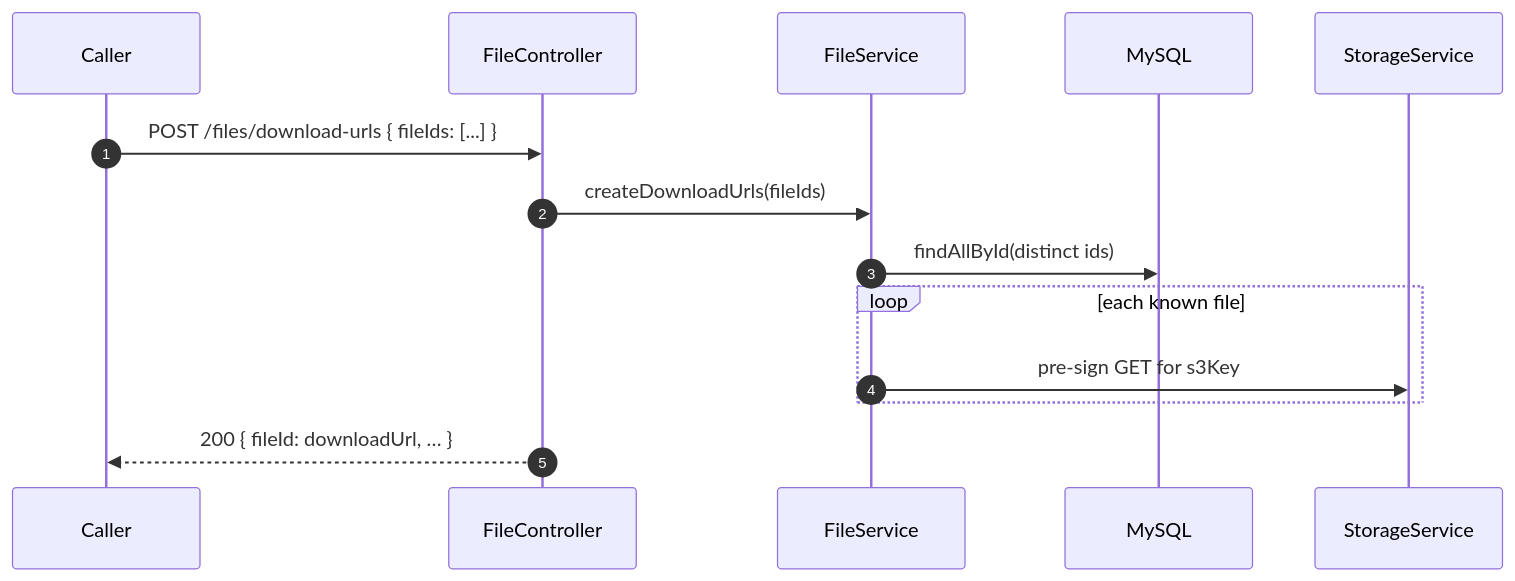
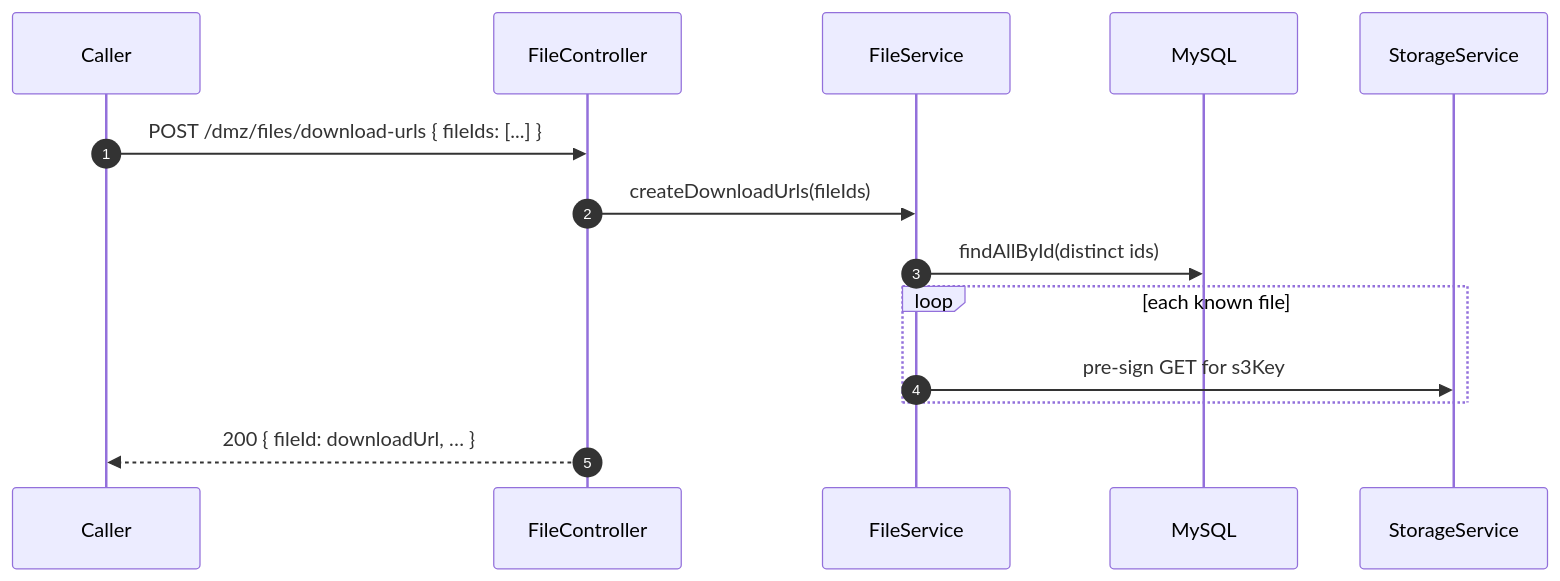
One commit to MatLock/UdeSA-lynq changed the second of 2 diagrams in lynq-file-storage/README.md. Above: the diagram before and after it, drawn with Mermaid. The commit also changed other lines of this file and 110 other files, not shown here.

````diff
--- a/lynq-file-storage/README.md
+++ b/lynq-file-storage/README.md
@@ -154,17 +154,17 @@
 ```mermaid
 sequenceDiagram
     autonumber
     participant C as Caller
     participant Ctrl as FileController
     participant Svc as FileService
     participant DB as MySQL
     participant St as StorageService
 
-    C->>Ctrl: POST /files/download-urls { fileIds: [...] }
+    C->>Ctrl: POST /dmz/files/download-urls { fileIds: [...] }
     Ctrl->>Svc: createDownloadUrls(fileIds)
     Svc->>DB: findAllById(distinct ids)
     loop each known file
         Svc->>St: pre-sign GET for s3Key
     end
     Ctrl-->>C: 200 { fileId: downloadUrl, … }
 ```
````
